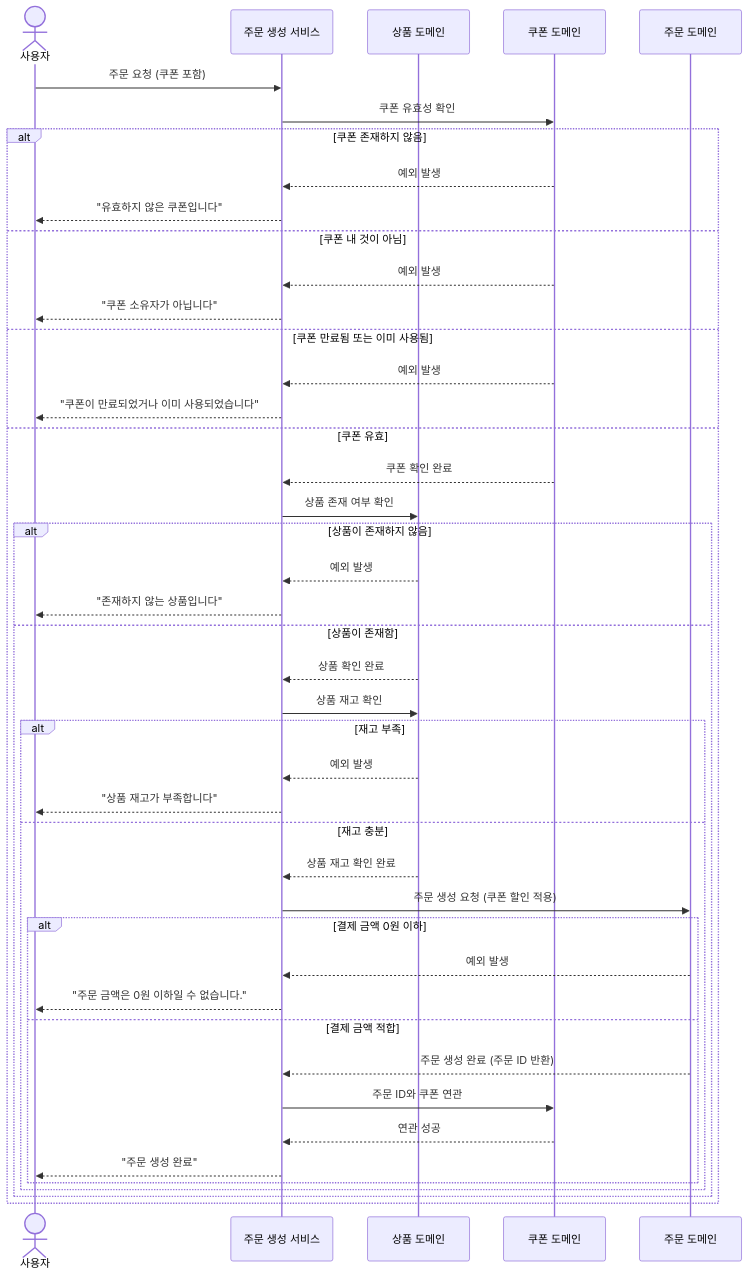
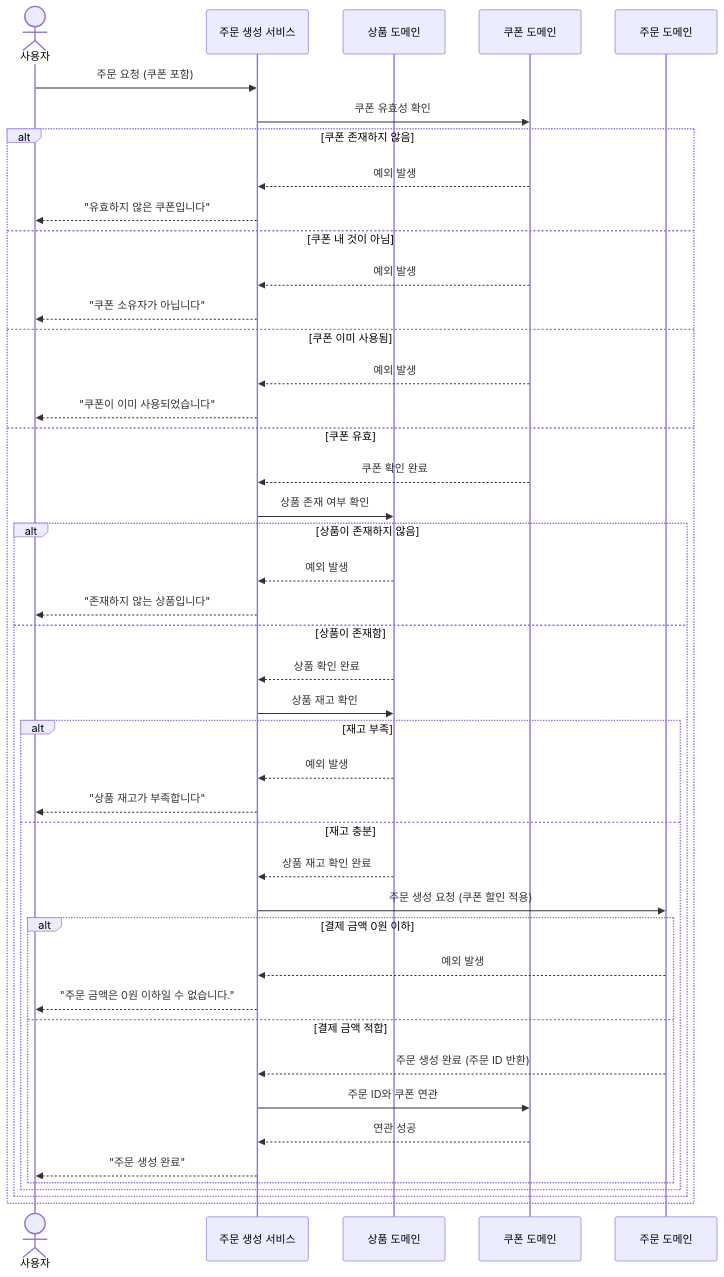
One commit to zxcv9203/ecommerce changed the seventh of 10 diagrams in docs/SequenceDiagram.md. Above: the diagram before and after it, drawn with Mermaid. The commit also changed 5 other files, not shown here.

````diff
--- a/docs/SequenceDiagram.md
+++ b/docs/SequenceDiagram.md
@@ -175,48 +175,48 @@
 ```mermaid
 sequenceDiagram
     actor User as 사용자
     participant OrderAPI as 주문 생성 서비스
     participant Product as 상품 도메인
     participant Coupon as 쿠폰 도메인
     participant Order as 주문 도메인
 
     User ->> OrderAPI: 주문 요청 (쿠폰 포함)
     OrderAPI ->> Coupon: 쿠폰 유효성 확인
     alt 쿠폰 존재하지 않음
         Coupon -->> OrderAPI: 예외 발생
         OrderAPI -->> User: "유효하지 않은 쿠폰입니다"
     else 쿠폰 내 것이 아님
         Coupon -->> OrderAPI: 예외 발생
         OrderAPI -->> User: "쿠폰 소유자가 아닙니다"
-    else 쿠폰 만료됨 또는 이미 사용됨
+    else 쿠폰 이미 사용됨
         Coupon -->> OrderAPI: 예외 발생
-        OrderAPI -->> User: "쿠폰이 만료되었거나 이미 사용되었습니다"
+        OrderAPI -->> User: "쿠폰이 이미 사용되었습니다"
     else 쿠폰 유효
         Coupon -->> OrderAPI: 쿠폰 확인 완료
         OrderAPI ->> Product: 상품 존재 여부 확인
         alt 상품이 존재하지 않음
             Product -->> OrderAPI: 예외 발생
             OrderAPI -->> User: "존재하지 않는 상품입니다"
         else 상품이 존재함
             Product -->> OrderAPI: 상품 확인 완료
             OrderAPI ->> Product: 상품 재고 확인
             alt 재고 부족
                 Product -->> OrderAPI: 예외 발생
                 OrderAPI -->> User: "상품 재고가 부족합니다"
             else 재고 충분
                 Product -->> OrderAPI: 상품 재고 확인 완료
                 OrderAPI ->> Order: 주문 생성 요청 (쿠폰 할인 적용)
                 alt 결제 금액 0원 이하
                     Order -->> OrderAPI: 예외 발생
                     OrderAPI -->> User: "주문 금액은 0원 이하일 수 없습니다."
                 else 결제 금액 적합
                     Order -->> OrderAPI: 주문 생성 완료 (주문 ID 반환)
                     OrderAPI ->> Coupon: 주문 ID와 쿠폰 연관
                     Coupon -->> OrderAPI: 연관 성공
                     OrderAPI -->> User: "주문 생성 완료"
                 end
             end
         end
     end
 
 ```
````
